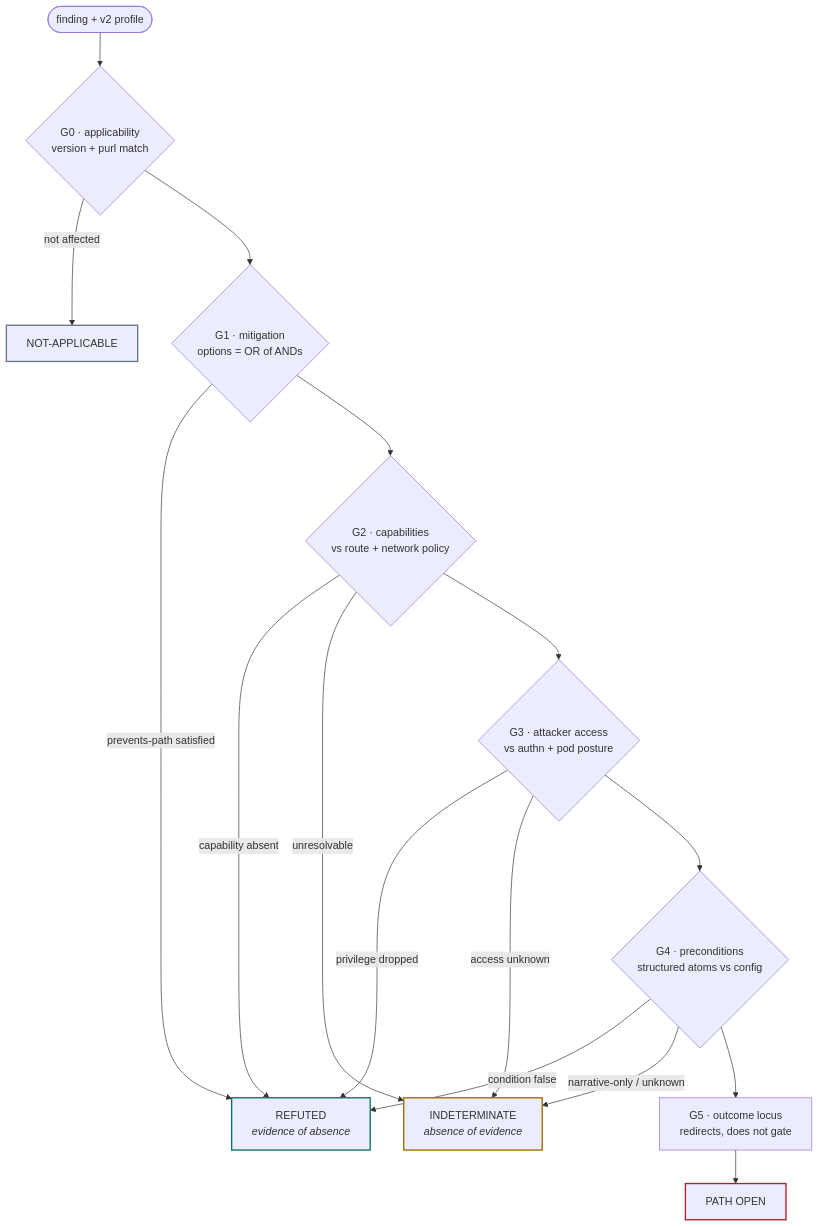
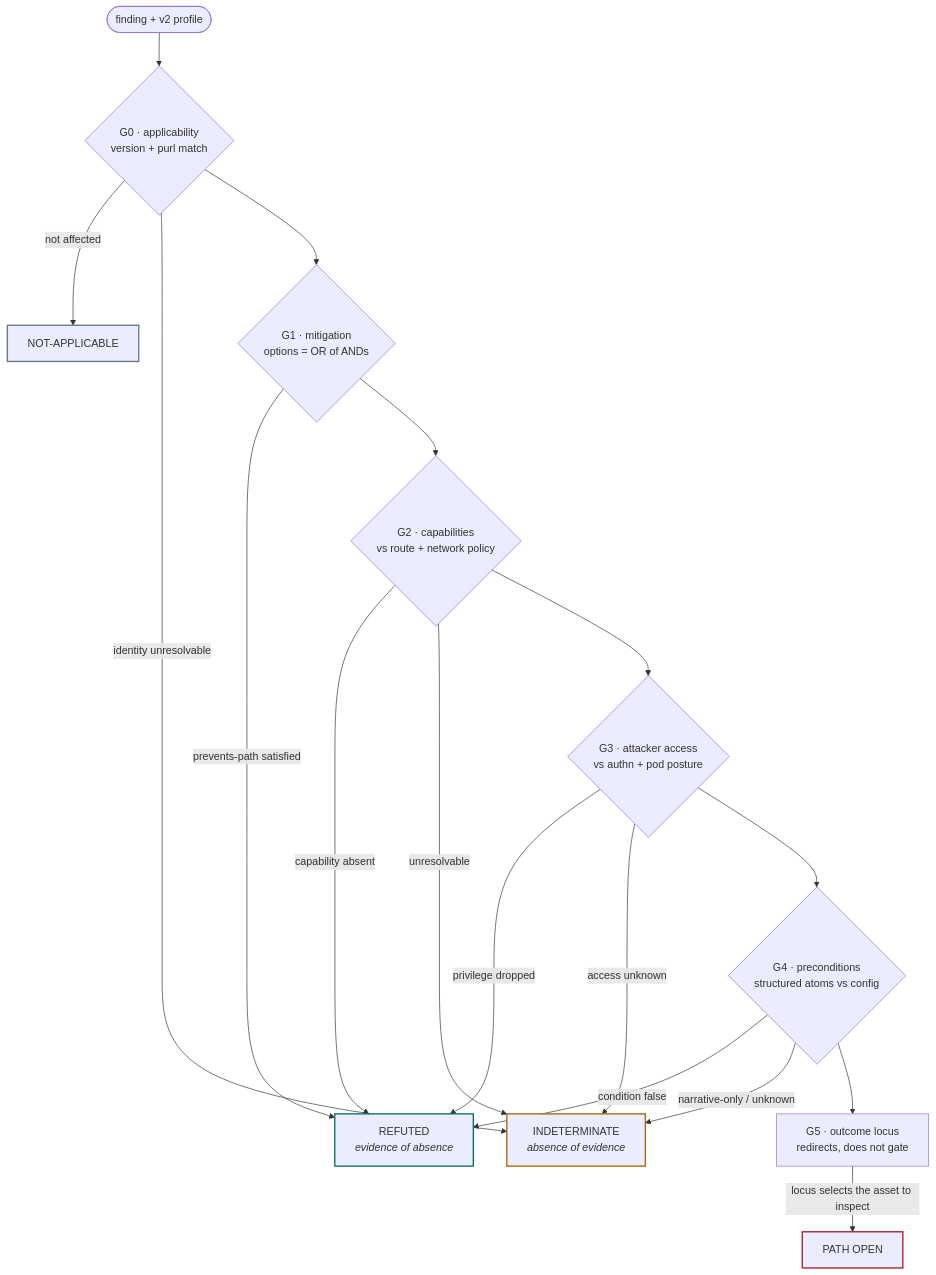
Before and after one commit to stackArmor/radar-trace-public: the diagram in docs/reachability-gates.md, drawn with Mermaid. The commit also changed other lines of this file and 16017 other files, not shown here.

````diff
--- a/docs/reachability-gates.md
+++ b/docs/reachability-gates.md
@@ -51,41 +55,42 @@
 ```mermaid
 flowchart TD
     IN(["finding + v2 profile"])
     G0{"G0 · applicability<br/>version + purl match"}
     G1{"G1 · mitigation<br/>options = OR of ANDs"}
     G2{"G2 · capabilities<br/>vs route + network policy"}
     G3{"G3 · attacker access<br/>vs authn + pod posture"}
     G4{"G4 · preconditions<br/>structured atoms vs config"}
     G5["G5 · outcome locus<br/>redirects, does not gate"]
 
     NA["NOT-APPLICABLE"]
     REF["REFUTED<br/><i>evidence of absence</i>"]
     IND["INDETERMINATE<br/><i>absence of evidence</i>"]
     OPEN["PATH OPEN"]
 
     IN --> G0
     G0 -- "not affected" --> NA
+    G0 -- "identity unresolvable" --> IND
     G0 --> G1
     G1 -- "prevents-path satisfied" --> REF
     G1 --> G2
     G2 -- "capability absent" --> REF
     G2 -- "unresolvable" --> IND
     G2 --> G3
     G3 -- "privilege dropped" --> REF
     G3 -- "access unknown" --> IND
     G3 --> G4
     G4 -- "condition false" --> REF
     G4 -- "narrative-only / unknown" --> IND
     G4 --> G5
-    G5 --> OPEN
+    G5 -- "locus selects the asset to inspect" --> OPEN
 
     classDef refuted stroke:#0B7261,stroke-width:2px;
     classDef indeterminate stroke:#A26A04,stroke-width:2px;
     classDef open stroke:#A8202C,stroke-width:2px;
     classDef na stroke:#6B7684,stroke-width:2px;
 
     class REF refuted;
     class IND indeterminate;
     class OPEN open;
     class NA na;
 ```
````
